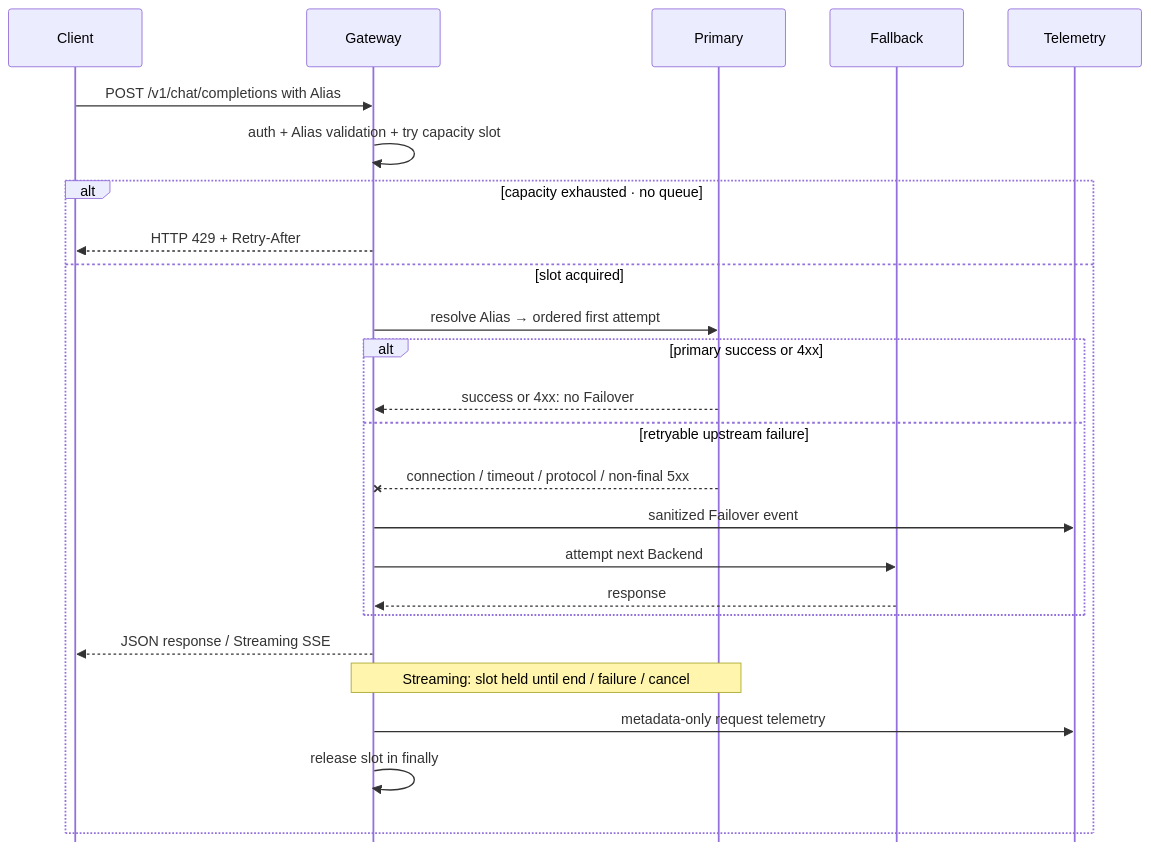
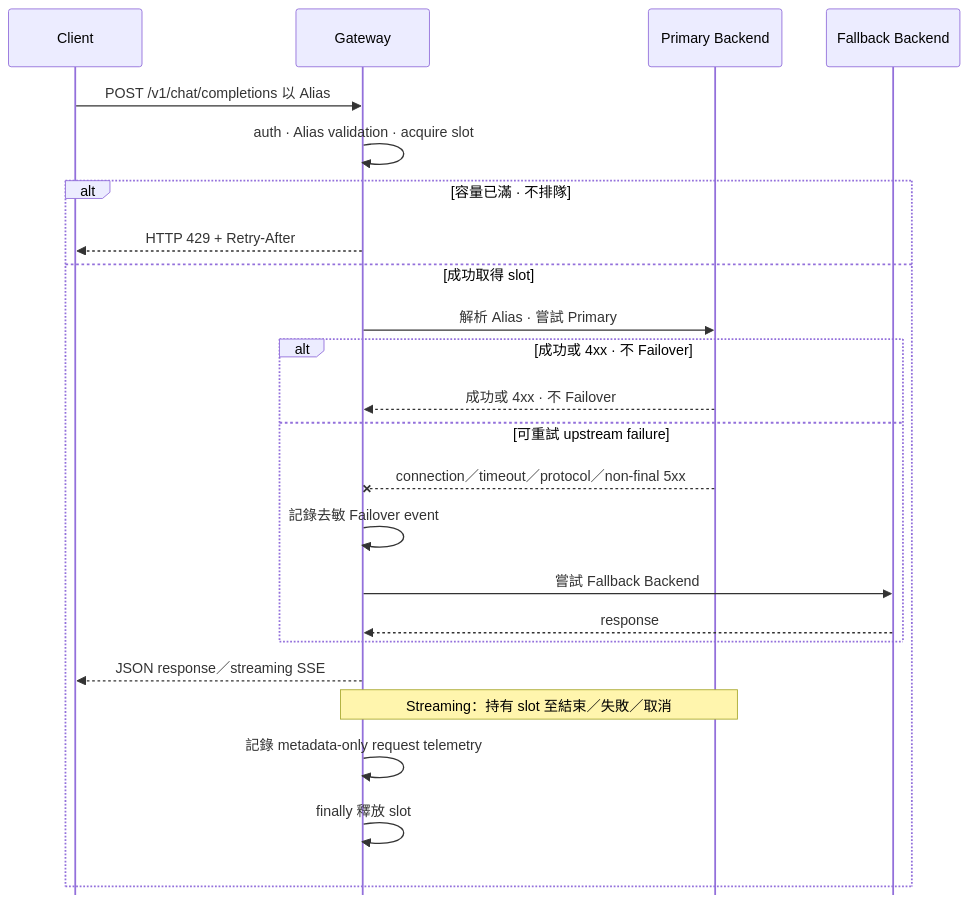
The second of 3 diagrams in README.md (kuotunyu/local-inference-bench-gateway), drawn with Mermaid before and after one commit. The commit also changed other lines of this file and 1 other file, not shown here.

Commit message:
docs: localize README diagrams

````diff
--- a/README.md
+++ b/README.md
@@ -79,29 +79,28 @@
 ```mermaid
-%%{init: {"themeVariables": {"fontSize": "17px"}, "sequence": {"actorFontSize": 17, "messageFontSize": 17, "noteFontSize": 16, "messageMargin": 20, "noteMargin": 8, "mirrorActors": false}}}%%
+%%{init: {"themeVariables": {"fontSize": "20px"}, "sequence": {"actorFontSize": 20, "messageFontSize": 19, "noteFontSize": 18, "messageMargin": 22, "noteMargin": 8, "mirrorActors": false}}}%%
 sequenceDiagram
     participant Client
     participant Gateway
-    participant Primary
-    participant Fallback
-    participant Telemetry
+    participant Primary as Primary Backend
+    participant Fallback as Fallback Backend
 
-    Client->>Gateway: POST /v1/chat/completions with Alias
-    Gateway->>Gateway: auth + Alias validation + try capacity slot
-    alt capacity exhausted · no queue
+    Client->>Gateway: POST /v1/chat/completions 以 Alias
+    Gateway->>Gateway: auth · Alias validation · acquire slot
+    alt 容量已滿 · 不排隊
         Gateway-->>Client: HTTP 429 + Retry-After
-    else slot acquired
-        Gateway->>Primary: resolve Alias → ordered first attempt
-        alt primary success or 4xx
-            Primary-->>Gateway: success or 4xx: no Failover
-        else retryable upstream failure
-            Primary--xGateway: connection / timeout / protocol / non-final 5xx
-            Gateway->>Telemetry: sanitized Failover event
-            Gateway->>Fallback: attempt next Backend
+    else 成功取得 slot
+        Gateway->>Primary: 解析 Alias · 嘗試 Primary
+        alt 成功或 4xx · 不 Failover
+            Primary-->>Gateway: 成功或 4xx · 不 Failover
+        else 可重試 upstream failure
+            Primary--xGateway: connection／timeout／protocol／non-final 5xx
+            Gateway->>Gateway: 記錄去敏 Failover event
+            Gateway->>Fallback: 嘗試 Fallback Backend
             Fallback-->>Gateway: response
         end
-        Gateway-->>Client: JSON response / Streaming SSE
-        Note over Gateway,Primary: Streaming: slot held until end / failure / cancel
-        Gateway->>Telemetry: metadata-only request telemetry
-        Gateway->>Gateway: release slot in finally
+        Gateway-->>Client: JSON response／streaming SSE
+        Note over Gateway,Primary: Streaming：持有 slot 至結束／失敗／取消
+        Gateway->>Gateway: 記錄 metadata-only request telemetry
+        Gateway->>Gateway: finally 釋放 slot
     end
 ```
````
